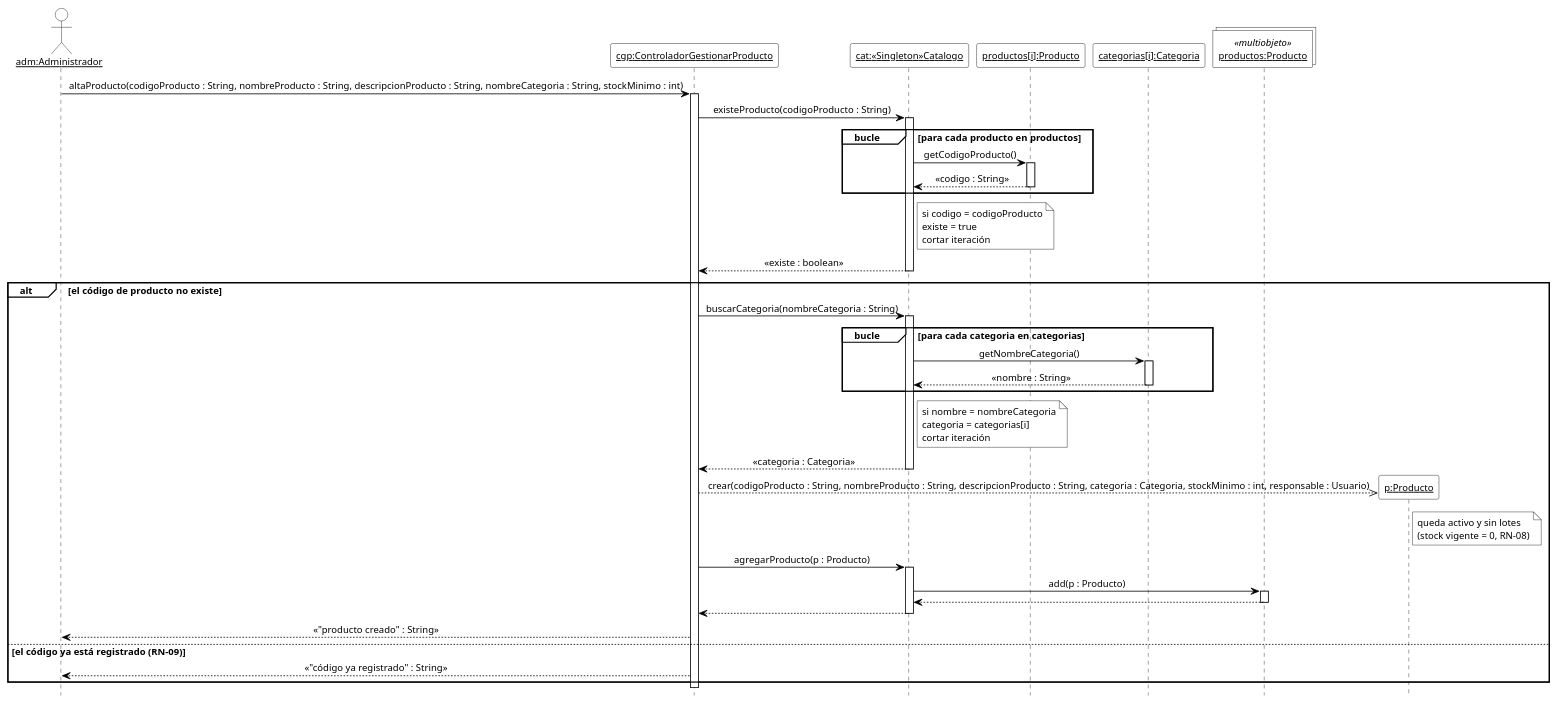
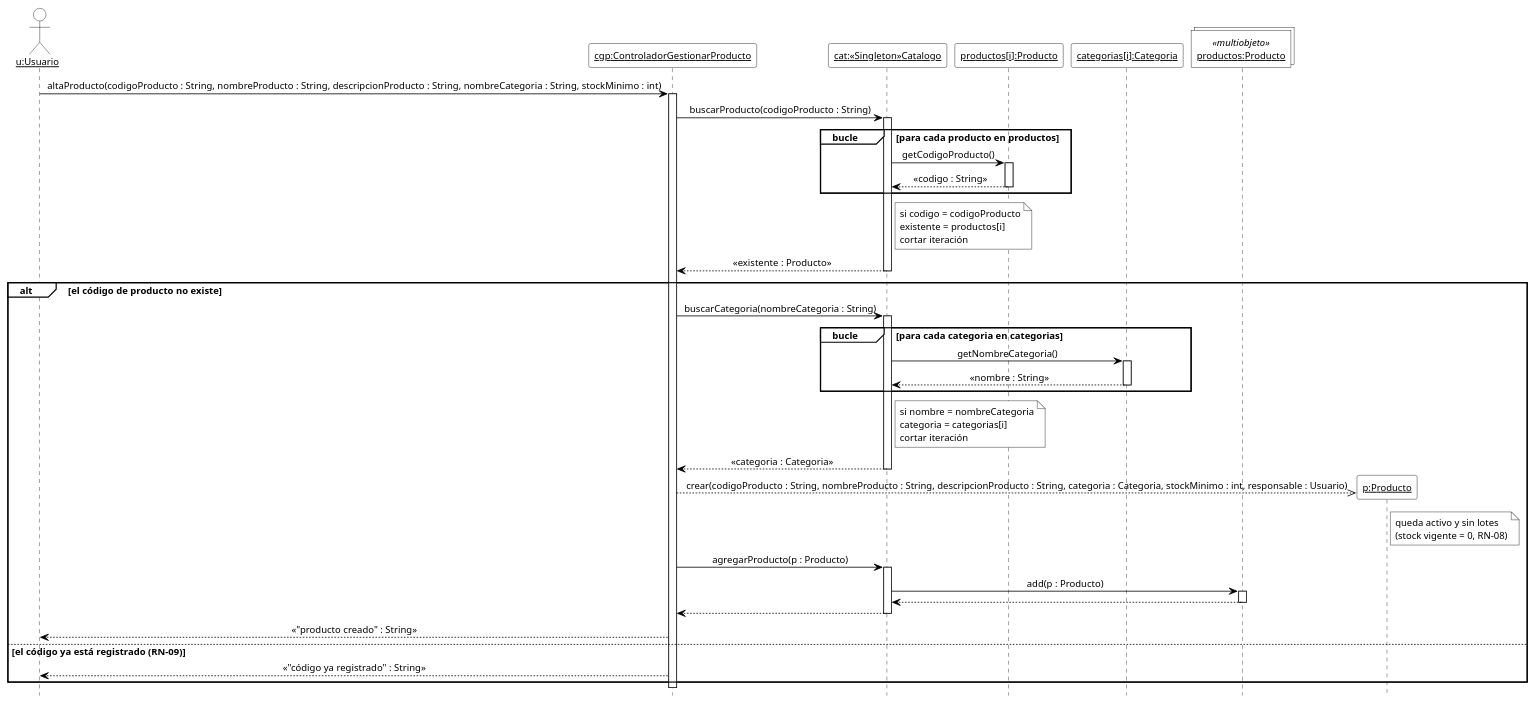
Before and after one commit to cirotop/Stock-Project: the seventh of 18 diagrams in 08-Diagrama De Secuencia/Diagramas_de_Secuencia.md, drawn with PlantUML. The commit also changed other lines of this file and 36 other files, not shown here.

````diff
--- a/08-Diagrama De Secuencia/Diagramas_de_Secuencia.md
+++ b/08-Diagrama De Secuencia/Diagramas_de_Secuencia.md
@@ -441,70 +441,70 @@
 ```plantuml
 @startuml DSD_CU-04_altaProducto
 ' Diagrama de Secuencia de Diseño (DSD) - CU-04 Gestionar producto - altaProducto
 ' Estilo de los ejemplos de la teoría (introducirArticulo / crearNuevaVenta).
 hide footbox
 skinparam shadowing false
 skinparam defaultFontName Arial
 skinparam defaultFontSize 12
 skinparam sequenceMessageAlign center
 skinparam ArrowColor black
 skinparam ParticipantBackgroundColor white
 skinparam ParticipantBorderColor black
 skinparam CollectionsBackgroundColor white
 skinparam CollectionsBorderColor black
 skinparam ActorBackgroundColor white
 skinparam ActorBorderColor black
 skinparam LifeLineBorderColor black
 skinparam LifeLineBackgroundColor white
 skinparam SequenceGroupBackgroundColor white
 skinparam SequenceGroupBorderColor black
 skinparam SequenceGroupHeaderFontColor black
 skinparam NoteBackgroundColor white
 skinparam NoteBorderColor black
 
-actor "<u>adm:Administrador</u>" as adm
+actor "<u>u:Usuario</u>" as u
 participant "<u>cgp:ControladorGestionarProducto</u>" as cgp
 participant "<u>cat:«Singleton»Catalogo</u>" as cat
 participant "<u>productos[i]:Producto</u>" as pi
 participant "<u>categorias[i]:Categoria</u>" as ki
 collections "<u>productos:Producto</u>" as mp <<multiobjeto>>
 
-adm -> cgp ++ : altaProducto(codigoProducto : String, nombreProducto : String, descripcionProducto : String, nombreCategoria : String, stockMinimo : int)
-cgp -> cat ++ : existeProducto(codigoProducto : String)
+u -> cgp ++ : altaProducto(codigoProducto : String, nombreProducto : String, descripcionProducto : String, nombreCategoria : String, stockMinimo : int)
+cgp -> cat ++ : buscarProducto(codigoProducto : String)
 group bucle [para cada producto en productos]
   cat -> pi ++ : getCodigoProducto()
   pi --> cat -- : «codigo : String»
 end
 note right of cat
   si codigo = codigoProducto
-  existe = true
+  existente = productos[i]
   cortar iteración
 end note
-cat --> cgp -- : «existe : boolean»
+cat --> cgp -- : «existente : Producto»
 alt el código de producto no existe
   cgp -> cat ++ : buscarCategoria(nombreCategoria : String)
   group bucle [para cada categoria en categorias]
     cat -> ki ++ : getNombreCategoria()
     ki --> cat -- : «nombre : String»
   end
   note right of cat
     si nombre = nombreCategoria
     categoria = categorias[i]
     cortar iteración
   end note
   cat --> cgp -- : «categoria : Categoria»
   create participant "<u>p:Producto</u>" as p
   cgp -->> p : crear(codigoProducto : String, nombreProducto : String, descripcionProducto : String, categoria : Categoria, stockMinimo : int, responsable : Usuario)
   note right of p : queda activo y sin lotes\n(stock vigente = 0, RN-08)
   cgp -> cat ++ : agregarProducto(p : Producto)
   cat -> mp ++ : add(p : Producto)
   mp --> cat --
   cat --> cgp --
-  cgp --> adm : «"producto creado" : String»
+  cgp --> u : «"producto creado" : String»
 else el código ya está registrado (RN-09)
-  cgp --> adm : «"código ya registrado" : String»
+  cgp --> u : «"código ya registrado" : String»
 end
 deactivate cgp
 
 @enduml
 ```
````
